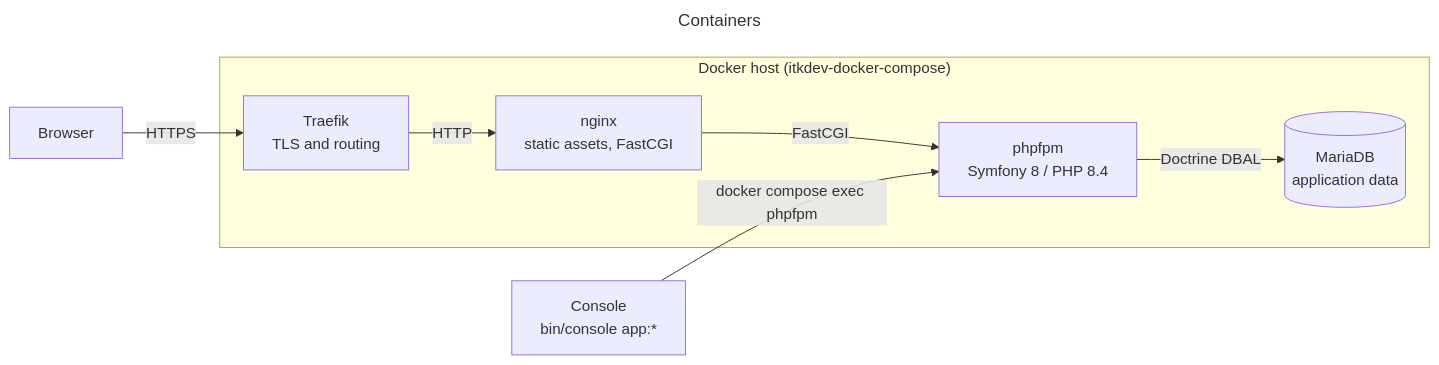
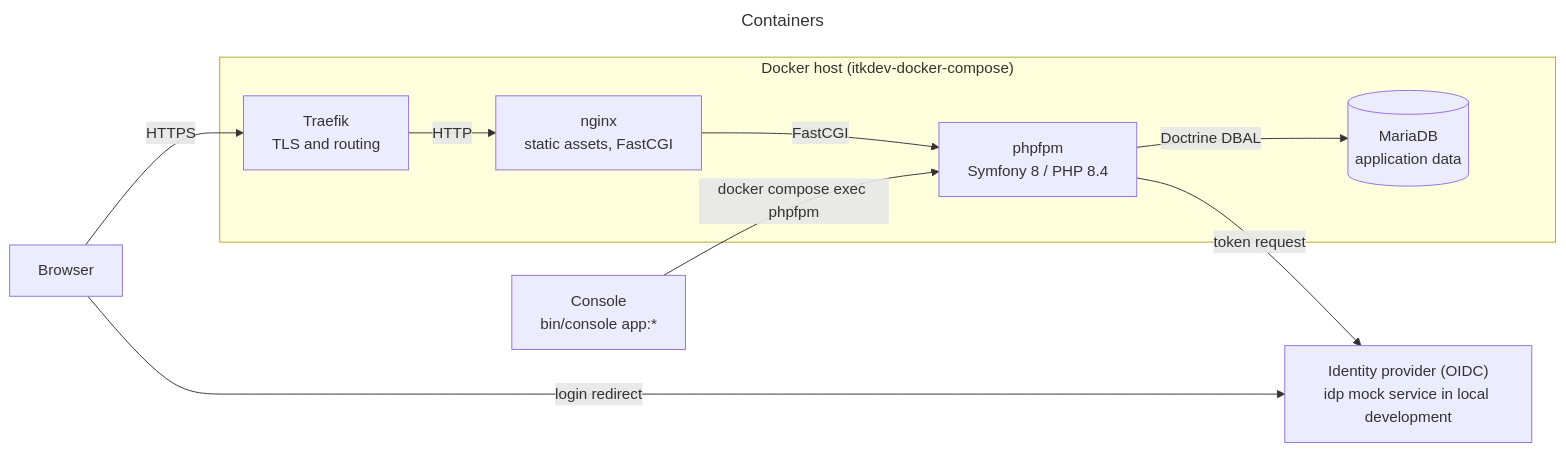
One commit to itk-dev/koerselsoverblik changed the diagram in docs/diagrams/containers.mmd. Above: the diagram before and after it, drawn with Mermaid. The commit also changed 21 other files, not shown here.

First line of the commit message:
docs: make OIDC the only login method

```diff
--- a/docs/diagrams/containers.mmd
+++ b/docs/diagrams/containers.mmd
@@ -1,20 +1,23 @@
 ---
 title: Containers
 ---
 flowchart LR
     browser["Browser"]
 
     subgraph server["Docker host (itkdev-docker-compose)"]
         traefik["Traefik<br/>TLS and routing"]
         nginx["nginx<br/>static assets, FastCGI"]
         phpfpm["phpfpm<br/>Symfony 8 / PHP 8.4"]
         mariadb[("MariaDB<br/>application data")]
     end
 
     console["Console<br/>bin/console app:*"]
+    idp["Identity provider (OIDC)<br/>idp mock service in local development"]
 
     browser -- "HTTPS" --> traefik
+    browser -- "login redirect" --> idp
+    phpfpm -- "token request" --> idp
     traefik -- "HTTP" --> nginx
     nginx -- "FastCGI" --> phpfpm
     phpfpm -- "Doctrine DBAL" --> mariadb
     console -- "docker compose exec phpfpm" --> phpfpm
```
